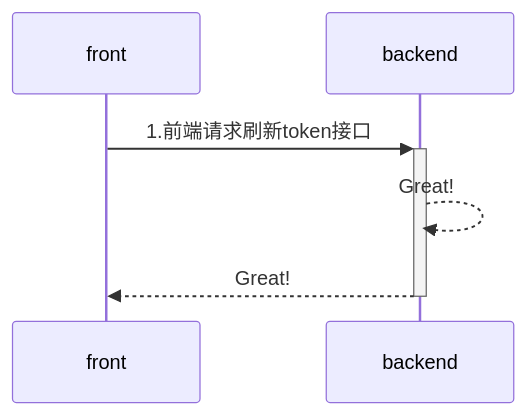
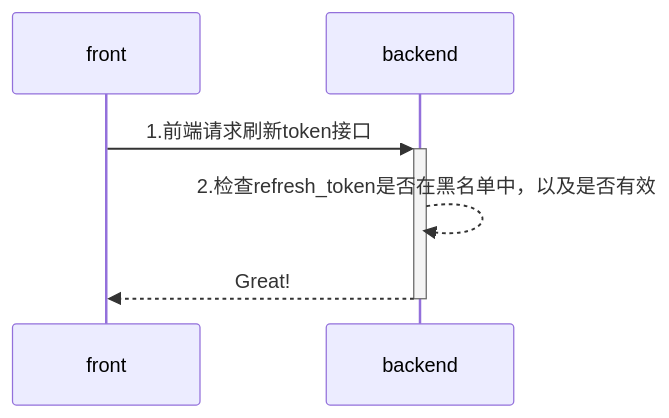
One commit to yingjianzh/iodraw-files changed the diagram in all/未命名-4.md. Above: the diagram before and after it, drawn with Mermaid.

Commit message:
2024-08-02 17:55:29 update

````diff
--- a/all/未命名-4.md
+++ b/all/未命名-4.md
@@ -1,6 +1,6 @@
 ```mermaid
 sequenceDiagram
     front->>+backend: 1.前端请求刷新token接口
-    backend-->>backend: Great!
+    backend-->>backend: 2.检查refresh_token是否在黑名单中，以及是否有效
     backend-->>-front: Great!
 ```
````
